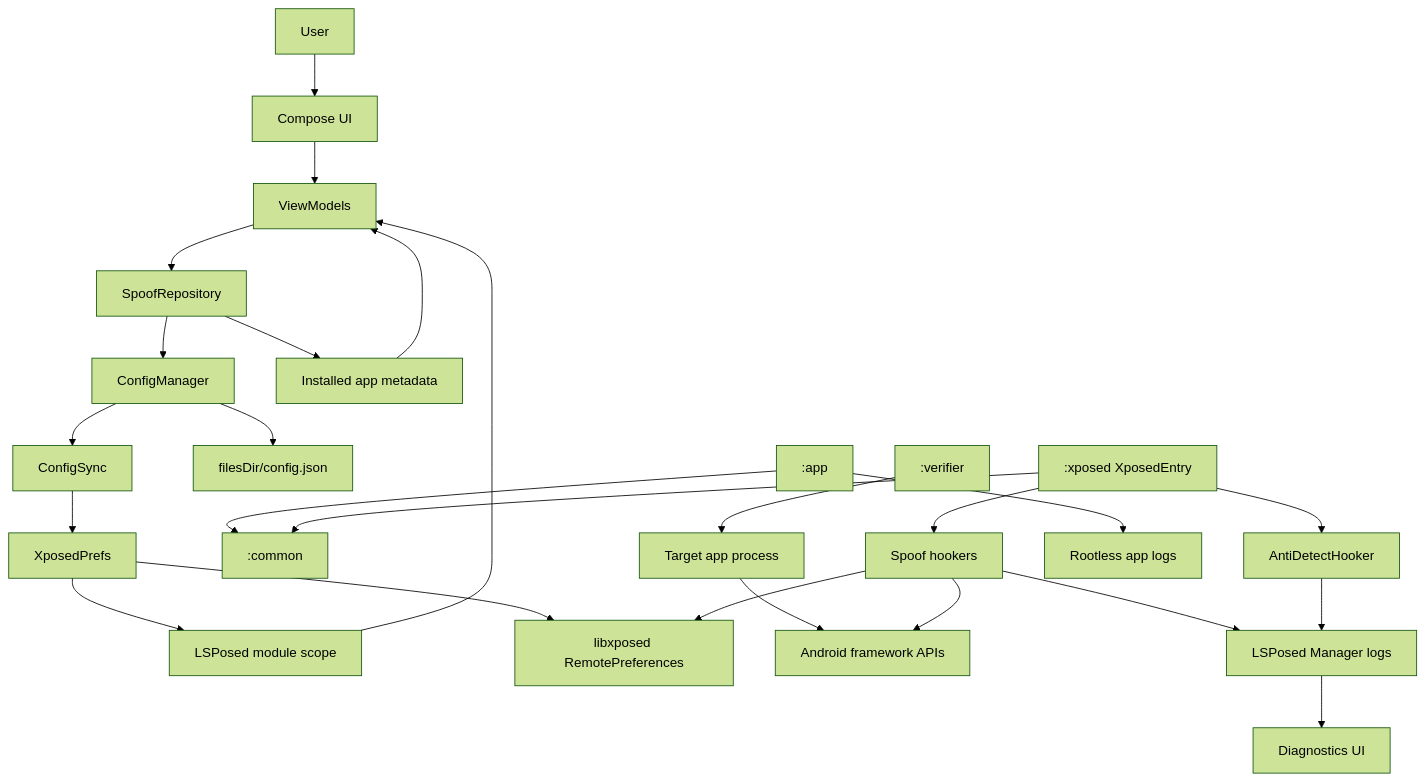
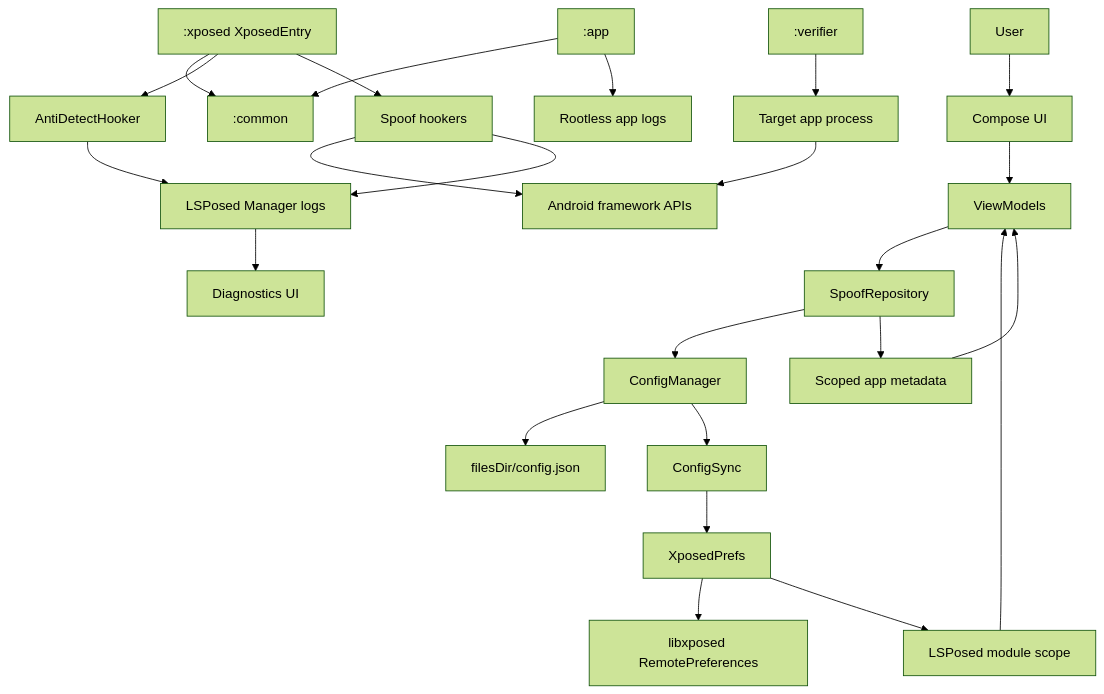
One commit to mohdakil2426/Device-Masker changed the first of 7 diagrams in docs/public/ARCHITECTURE.md. Above: the diagram before and after it, drawn with Mermaid (forest theme). The commit also changed other lines of this file and 16 other files, not shown here.

First line of the commit message:
docs: record performance cleanup architecture

````diff
--- a/docs/public/ARCHITECTURE.md
+++ b/docs/public/ARCHITECTURE.md
@@ -24,44 +24,43 @@
 ```mermaid
 flowchart TD
     User["User"]
     App[":app"]
     UI["Compose UI"]
     VM["ViewModels"]
     Repo["SpoofRepository"]
     Config["ConfigManager"]
     Json["filesDir/config.json"]
     Sync["ConfigSync"]
     XPrefs["XposedPrefs"]
     Scope["LSPosed module scope"]
-    Apps["Installed app metadata"]
+    Apps["Scoped app metadata"]
     Remote["libxposed RemotePreferences"]
     Common[":common"]
     Verifier[":verifier"]
     Entry[":xposed XposedEntry"]
     Hookers["Spoof hookers"]
     Anti["AntiDetectHooker"]
     Target["Target app process"]
     Framework["Android framework APIs"]
     LSLogs["LSPosed Manager logs"]
     AppLogs["Rootless app logs"]
     DiagUI["Diagnostics UI"]
 
     User --> UI
     UI --> VM --> Repo --> Config
     Config --> Json
     Config --> Sync --> XPrefs --> Remote
     XPrefs --> Scope --> VM
     Repo --> Apps --> VM
     App --> Common
     Verifier --> Target
     Entry --> Common
     Entry --> Anti
     Entry --> Hookers
     Target --> Framework
     Hookers --> Framework
-    Hookers --> Remote
     Hookers --> LSLogs
     Anti --> LSLogs
     App --> AppLogs
     LSLogs --> DiagUI
 ```
````
